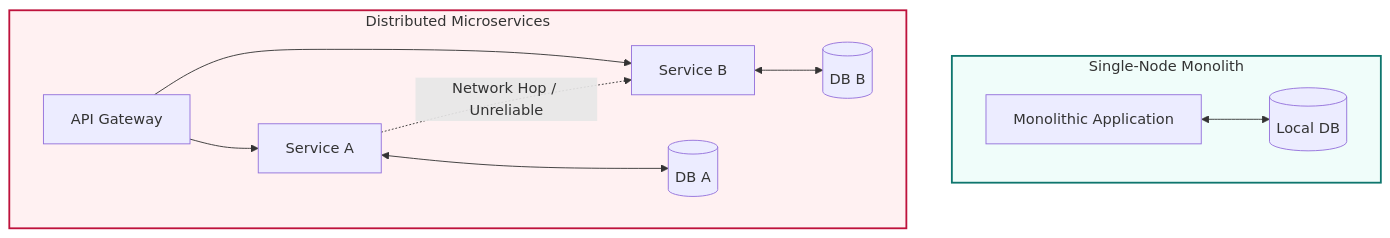
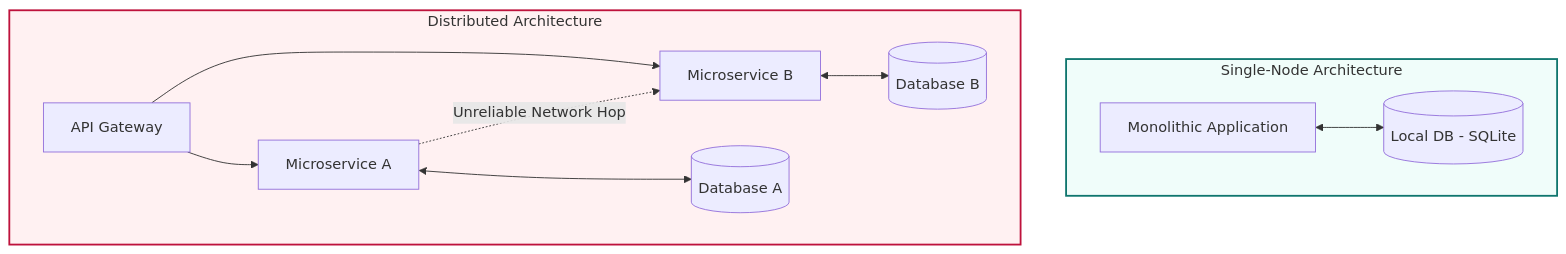
One commit to rLoka/ddiabs changed the third of 3 diagrams in chapter-01.md. Above: the diagram before and after it, drawn with Mermaid. The commit also changed other lines of this file, not shown here.

First line of the commit message:
Revise Chapter 1 on Data Systems Architecture

````diff
--- a/chapter-01.md
+++ b/chapter-01.md
@@ -84,17 +185,17 @@
 ```mermaid
 graph TD
-    subgraph SingleNode [Single-Node Monolith]
-        Monolith[Monolithic Application] <--> LocalDB[(Local DB)]
+    subgraph SingleNode [Single-Node Architecture]
+        Monolith[Monolithic Application] <--> LocalDB[(Local DB - SQLite)]
     end
 
-    subgraph Distributed [Distributed Microservices]
-        API_GW[API Gateway] --> MS1[Service A]
-        API_GW --> MS2[Service B]
-        MS1 <--> DB1[(DB A)]
-        MS2 <--> DB2[(DB B)]
-        MS1 -. Network Hop / Unreliable .-> MS2
+    subgraph Distributed [Distributed Architecture]
+        API_GW[API Gateway] --> MS1[Microservice A]
+        API_GW --> MS2[Microservice B]
+        MS1 <--> DB1[(Database A)]
+        MS2 <--> DB2[(Database B)]
+        MS1 -. Unreliable Network Hop .-> MS2
     end
     
     style SingleNode fill:#f0fdfa,stroke:#0f766e,stroke-width:2px
     style Distributed fill:#fff1f2,stroke:#be123c,stroke-width:2px
 ```
````
